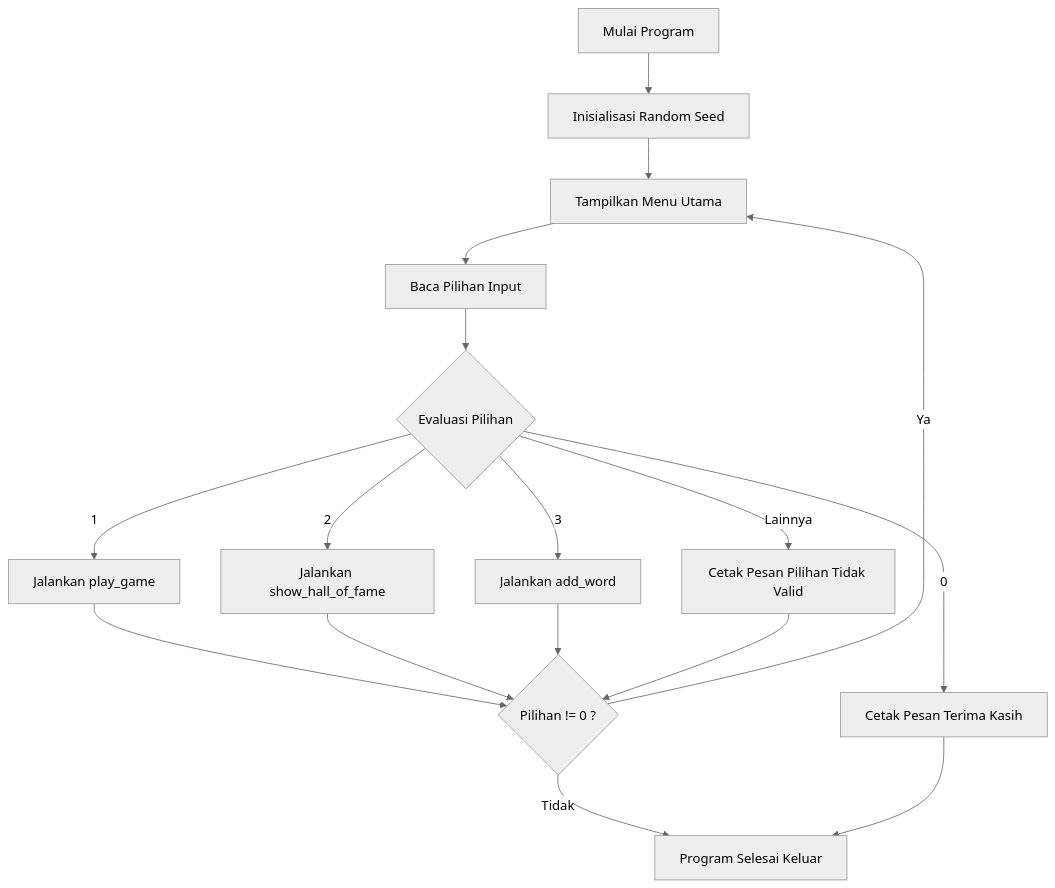
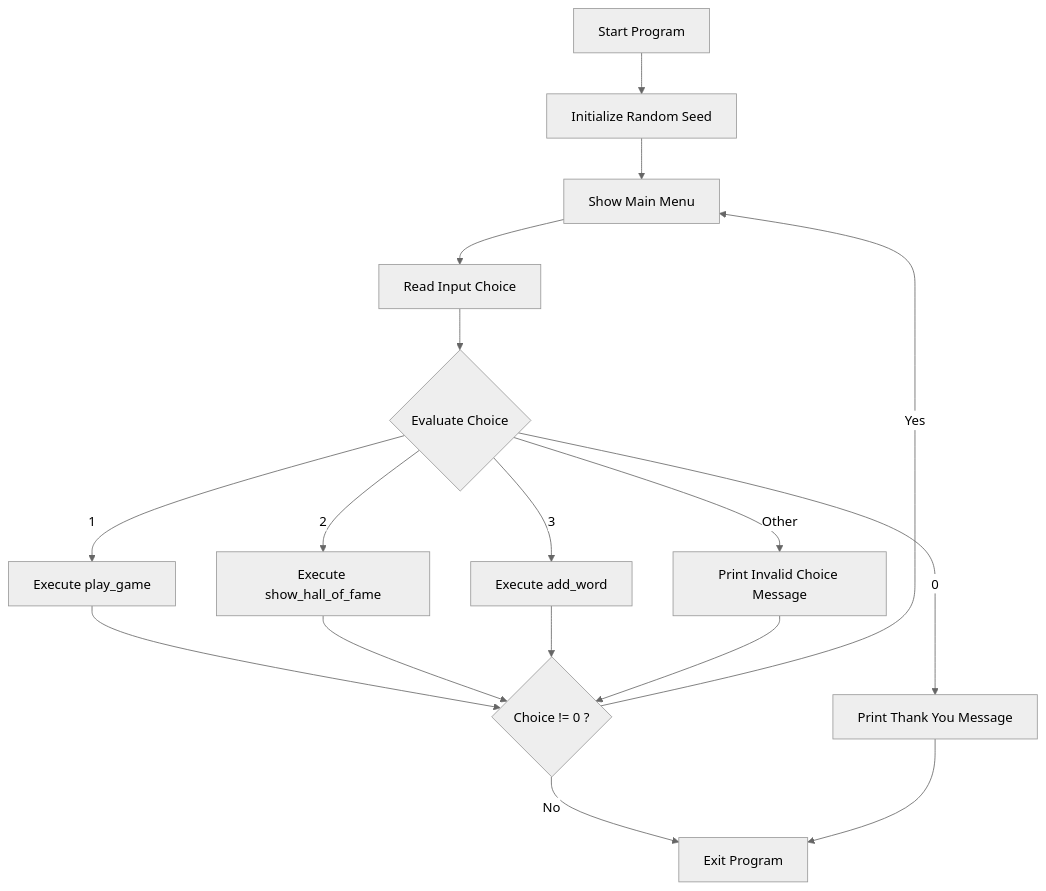
Before and after one commit to bimaardhia/tebak-kata-robotika: the first of 5 diagrams in README.md, drawn with Mermaid (neutral theme). The commit also changed other lines of this file and 1 other file, not shown here.

````diff
--- a/README.md
+++ b/README.md
@@ -63,23 +63,23 @@
 ```mermaid
 flowchart TD
-    Start[Mulai Program] --> Init[Inisialisasi Random Seed]
-    Init --> Show[Tampilkan Menu Utama]
-    Show --> Input[Baca Pilihan Input]
-    Input --> Switch{Evaluasi Pilihan}
+    Start[Start Program] --> Init[Initialize Random Seed]
+    Init --> Show[Show Main Menu]
+    Show --> Input[Read Input Choice]
+    Input --> Switch{Evaluate Choice}
 
-    Switch -->|1| Play[Jalankan play_game]
-    Switch -->|2| HOF[Jalankan show_hall_of_fame]
-    Switch -->|3| Add[Jalankan add_word]
-    Switch -->|Lainnya| Invalid[Cetak Pesan Pilihan Tidak Valid]
-    Switch -->|0| Exit[Cetak Pesan Terima Kasih]
+    Switch -->|1| Play[Execute play_game]
+    Switch -->|2| HOF[Execute show_hall_of_fame]
+    Switch -->|3| Add[Execute add_word]
+    Switch -->|Other| Invalid[Print Invalid Choice Message]
+    Switch -->|0| Exit[Print Thank You Message]
 
     Play --> CheckLoop
     HOF --> CheckLoop
     Add --> CheckLoop
     Invalid --> CheckLoop
 
-    CheckLoop{Pilihan != 0 ?}
-    CheckLoop -->|Ya| Show
-    CheckLoop -->|Tidak| Selesai[Program Selesai Keluar]
+    CheckLoop{Choice != 0 ?}
+    CheckLoop -->|Yes| Show
+    CheckLoop -->|No| Selesai[Exit Program]
     Exit --> Selesai
 ```
````
